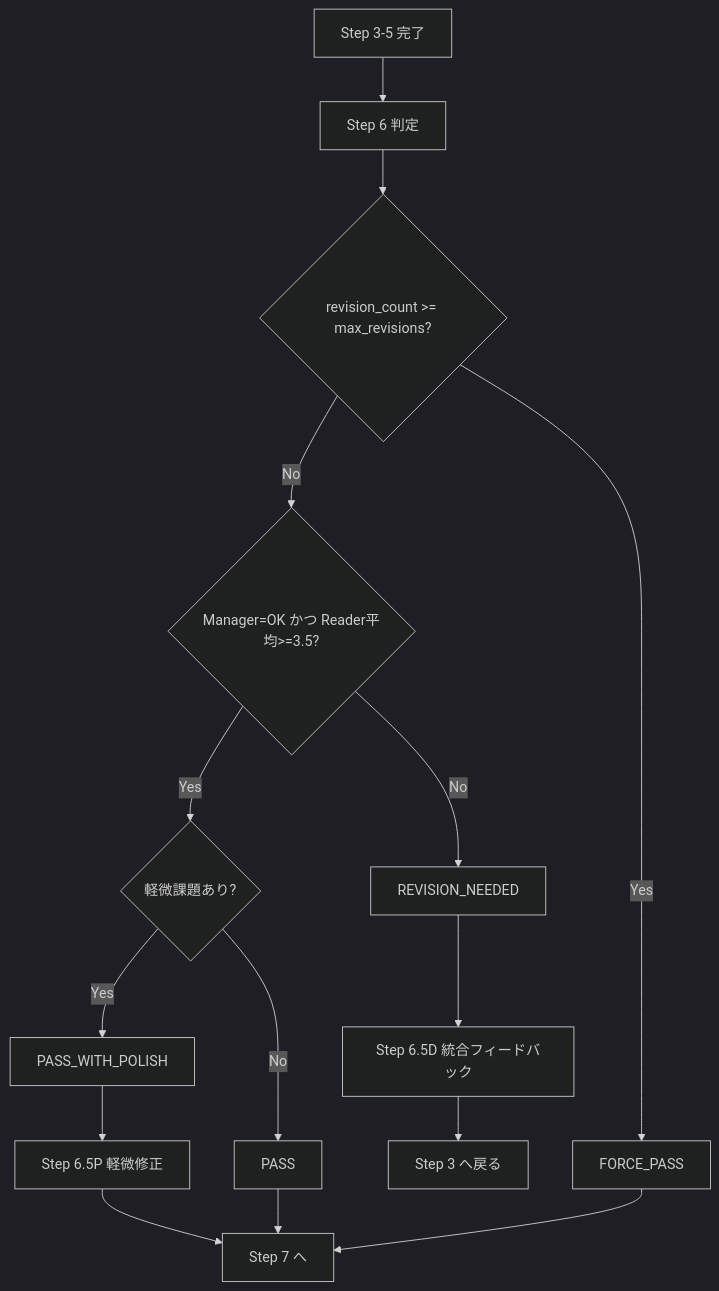
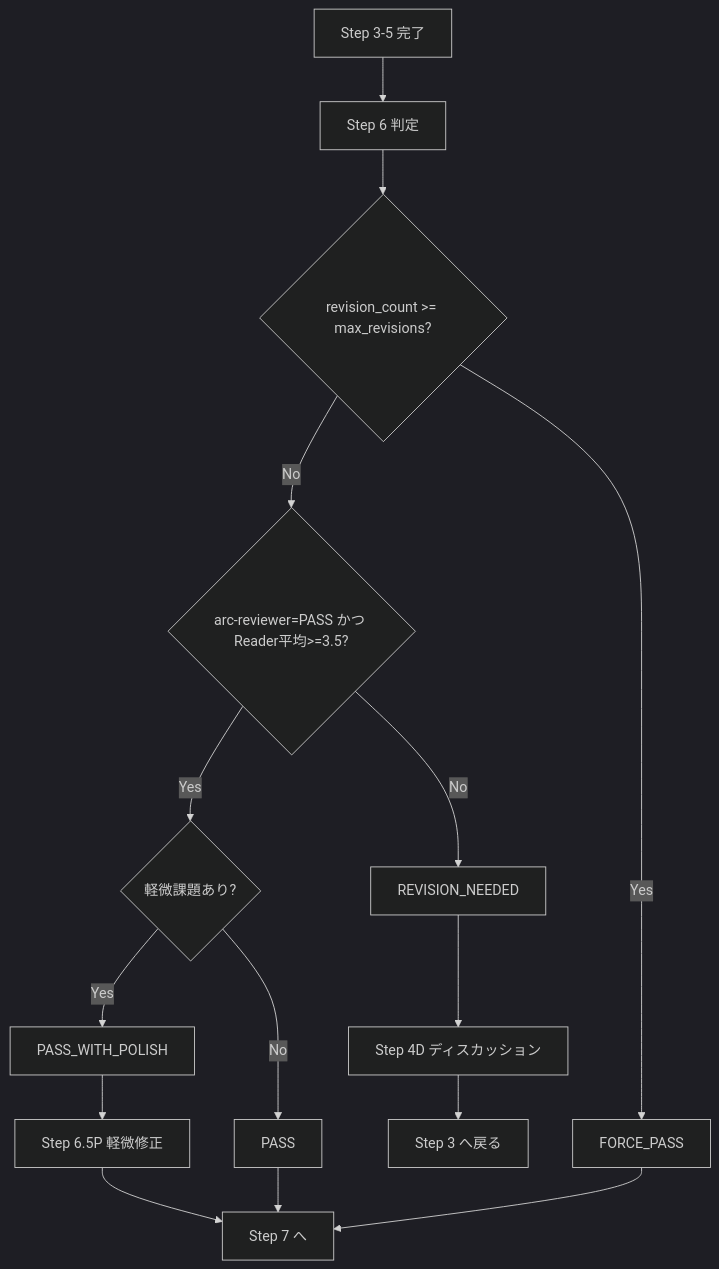
The second of 3 diagrams in docs/workflows.md (finelagusaz/Agentic_Writing), drawn with Mermaid (dark theme) before and after one commit. The commit also changed other lines of this file and 1 other file, not shown here.

````diff
--- a/docs/workflows.md
+++ b/docs/workflows.md
@@ -80,18 +153,18 @@
 ```mermaid
 flowchart TD
     A["Step 3-5 完了"] --> B["Step 6 判定"]
     B --> C{"revision_count >= max_revisions?"}
     C -->|Yes| FP["FORCE_PASS"]
-    C -->|No| D{"Manager=OK かつ Reader平均>=3.5?"}
+    C -->|No| D{"arc-reviewer=PASS かつ Reader平均>=3.5?"}
     D -->|No| R["REVISION_NEEDED"]
     D -->|Yes| E{"軽微課題あり?"}
     E -->|Yes| PWP["PASS_WITH_POLISH"]
     E -->|No| PASS["PASS"]
 
-    R --> RD["Step 6.5D 統合フィードバック"]
+    R --> RD["Step 4D ディスカッション"]
     RD --> LOOP["Step 3 へ戻る"]
     PWP --> POL["Step 6.5P 軽微修正"]
     POL --> FIN["Step 7 へ"]
     PASS --> FIN
     FP --> FIN
 ```
````
